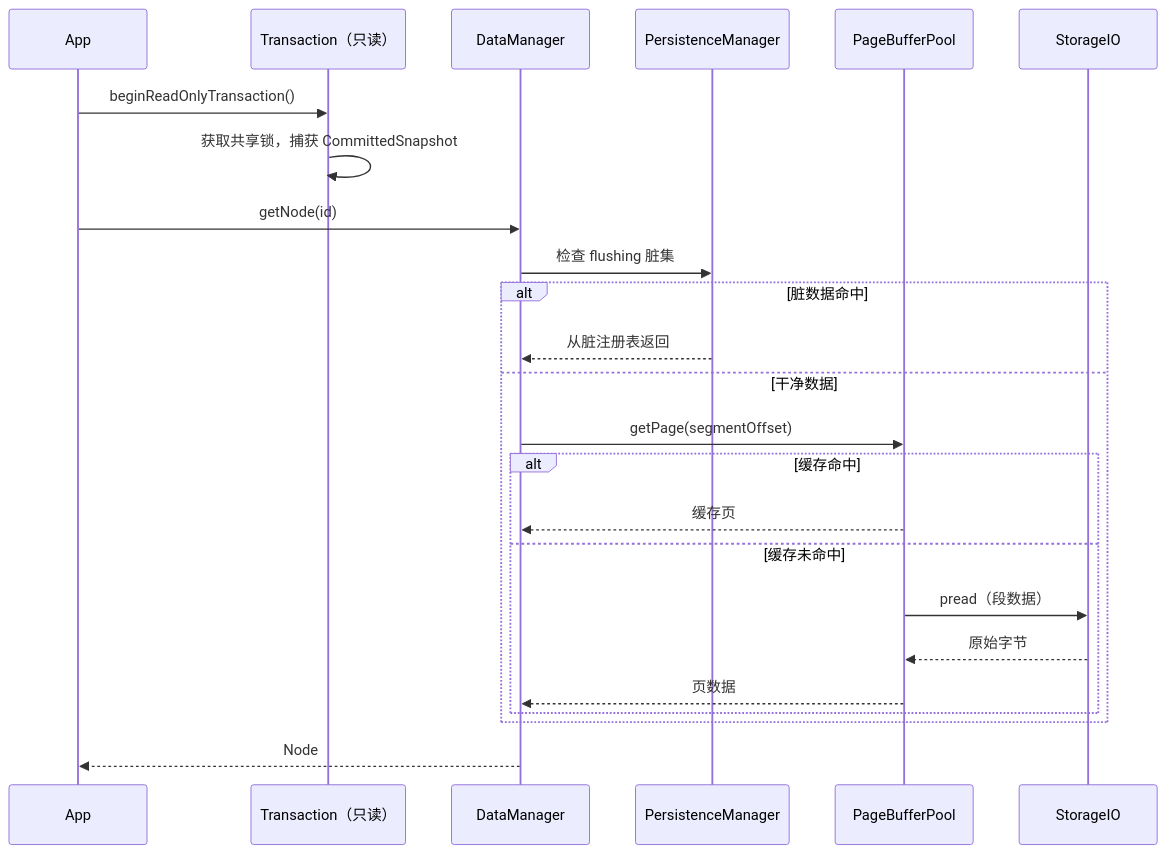
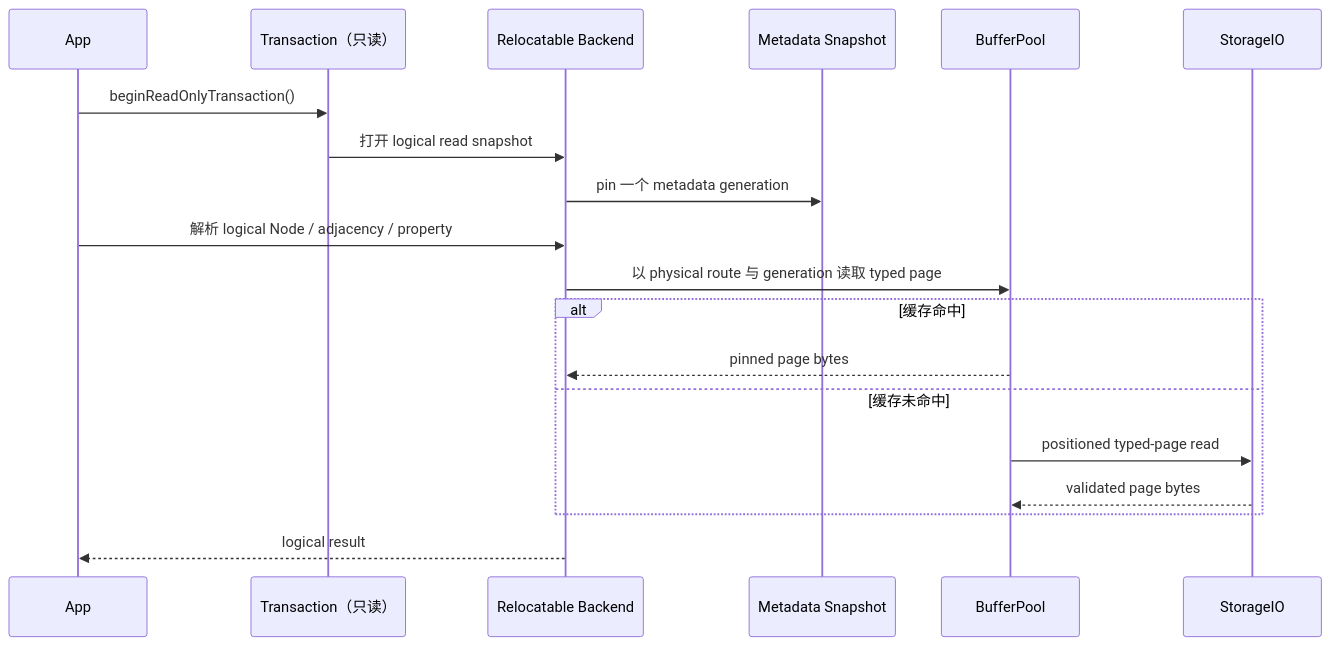
One commit to nexepic/zyx changed the fourth of 4 diagrams in docs/apps/docs/content/docs/zh/zyx/architecture/overview.mdx. Above: the diagram before and after it, drawn with Mermaid. The commit also changed other lines of this file and 1349 other files, not shown here.

First line of the commit message:
Retire legacy storage and harden native graph persistence

````diff
--- a/docs/apps/docs/content/docs/zh/zyx/architecture/overview.mdx
+++ b/docs/apps/docs/content/docs/zh/zyx/architecture/overview.mdx
@@ -137,27 +135,22 @@
 ```mermaid
 sequenceDiagram
     participant App
     participant TX as Transaction（只读）
-    participant DM as DataManager
-    participant PM as PersistenceManager
-    participant PB as PageBufferPool
+    participant B as Relocatable Backend
+    participant M as Metadata Snapshot
+    participant BP as BufferPool
     participant IO as StorageIO
 
     App->>TX: beginReadOnlyTransaction()
-    TX->>TX: 获取共享锁，捕获 CommittedSnapshot
-    App->>DM: getNode(id)
-    DM->>PM: 检查 flushing 脏集
-    alt 脏数据命中
-        PM-->>DM: 从脏注册表返回
-    else 干净数据
-        DM->>PB: getPage(segmentOffset)
-        alt 缓存命中
-            PB-->>DM: 缓存页
-        else 缓存未命中
-            PB->>IO: pread（段数据）
-            IO-->>PB: 原始字节
-            PB-->>DM: 页数据
-        end
+    TX->>B: 打开 logical read snapshot
+    B->>M: pin 一个 metadata generation
+    App->>B: 解析 logical Node / adjacency / property
+    B->>BP: 以 physical route 与 generation 读取 typed page
+    alt 缓存命中
+        BP-->>B: pinned page bytes
+    else 缓存未命中
+        BP->>IO: positioned typed-page read
+        IO-->>BP: validated page bytes
     end
-    DM-->>App: Node
+    B-->>App: logical result
 ```
````
